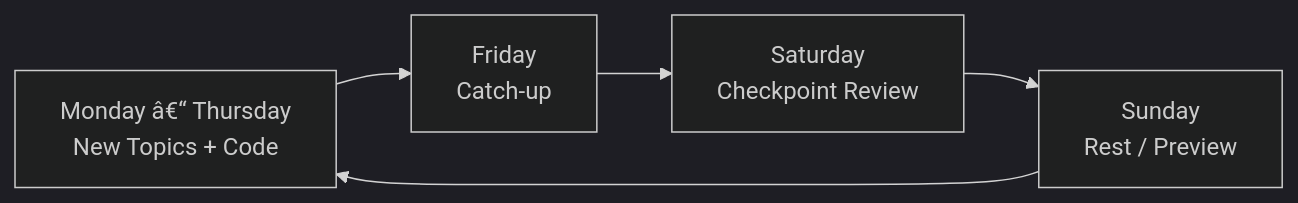
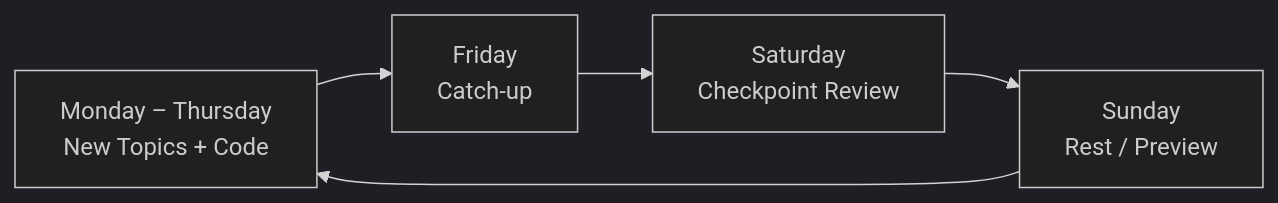
One commit to Raushan666java/ai-engineering-journey changed the third of 3 diagrams in docs/courses/ai-agent-engineer/00-index.md. Above: the diagram before and after it, drawn with Mermaid (dark theme). The commit also changed other lines of this file and 965 other files, not shown here.

````diff
--- a/docs/courses/ai-agent-engineer/00-index.md
+++ b/docs/courses/ai-agent-engineer/00-index.md
@@ -794,7 +794,7 @@
 ```mermaid
 flowchart LR
-    W["Monday â€“ Thursday<br/>New Topics + Code"] --> F["Friday<br/>Catch-up"]
+    W["Monday – Thursday<br/>New Topics + Code"] --> F["Friday<br/>Catch-up"]
     F --> S["Saturday<br/>Checkpoint Review"]
     S --> SUN["Sunday<br/>Rest / Preview"]
     SUN --> W
 ```
````
